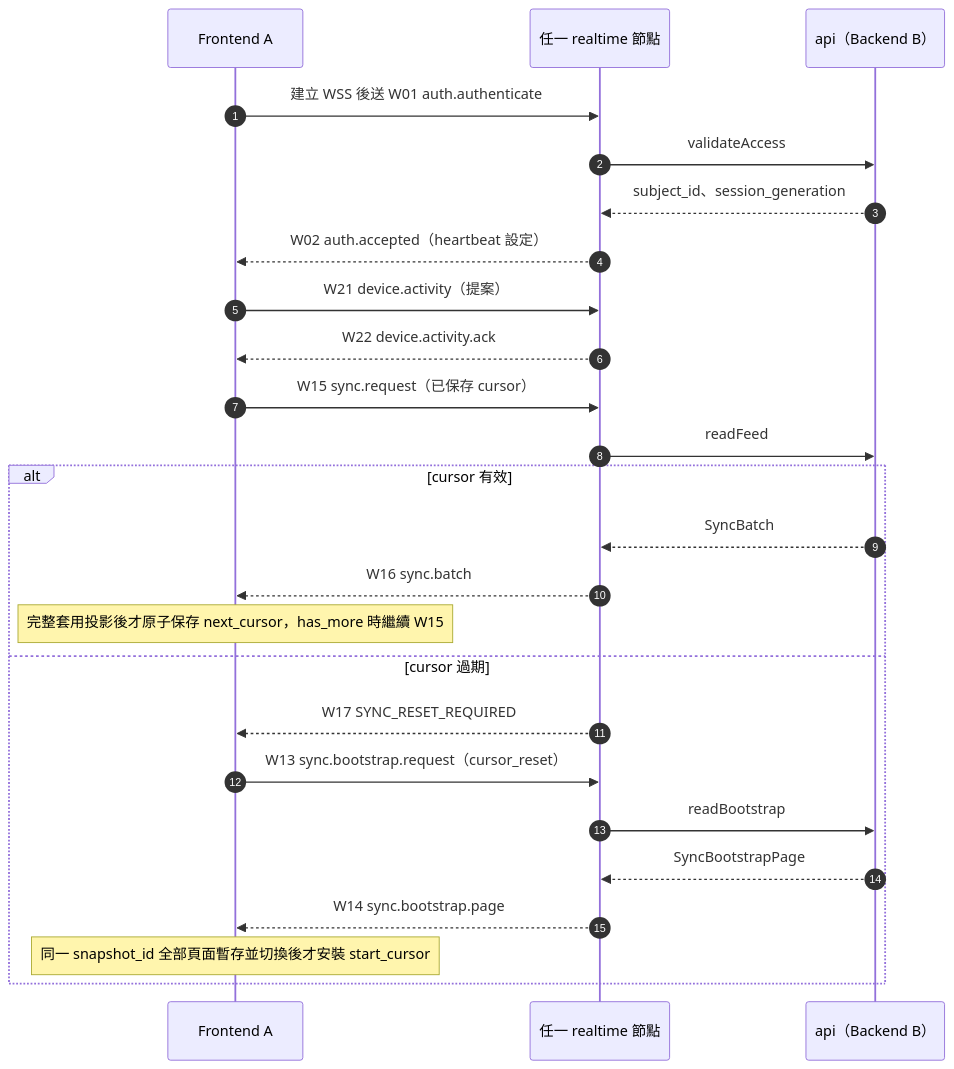
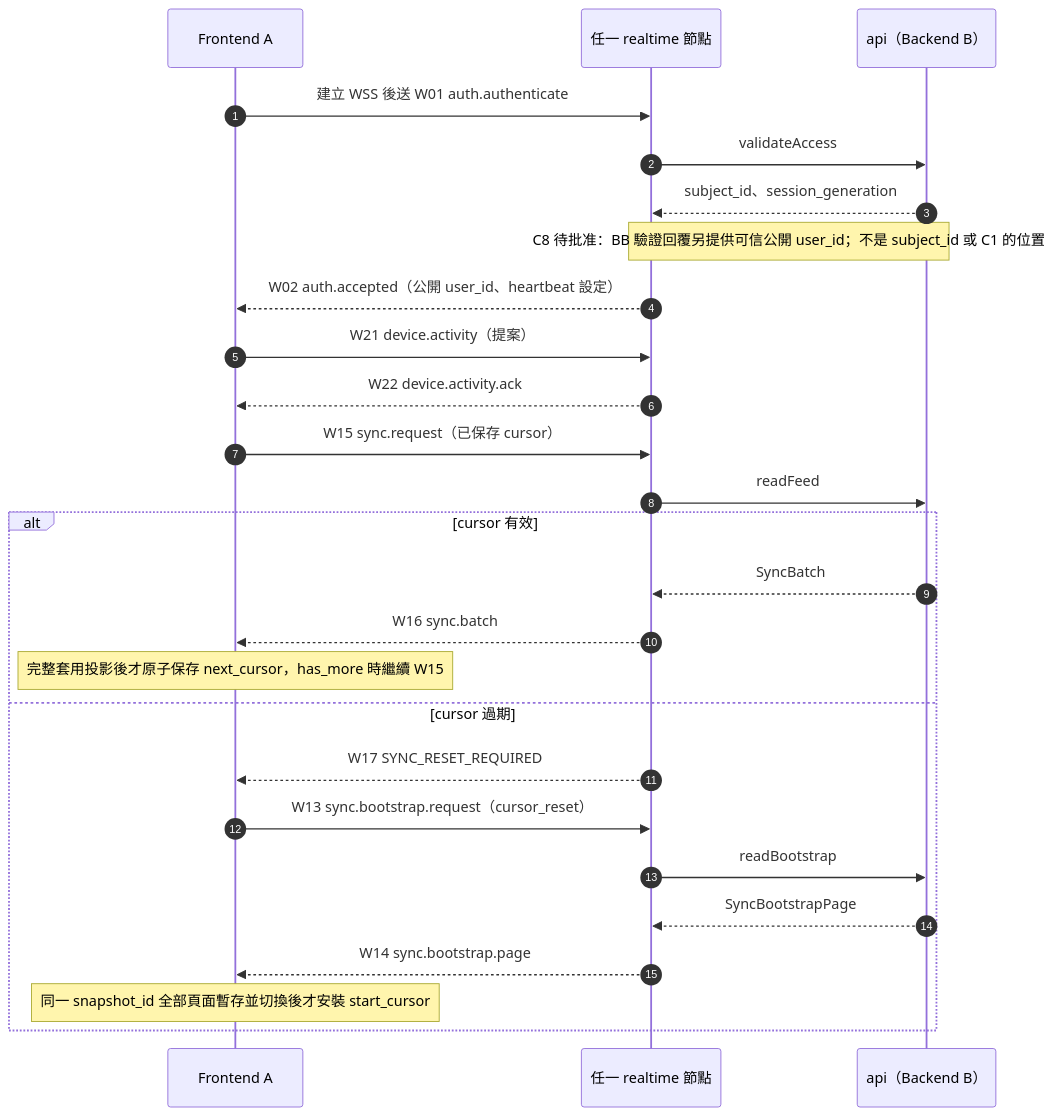
One commit to LeoCheng-space/Hine changed the third of 10 diagrams in docs/architecture/README.md. Above: the diagram before and after it, drawn with Mermaid. The commit also changed other lines of this file and 43 other files, not shown here.

````diff
--- a/docs/architecture/README.md
+++ b/docs/architecture/README.md
@@ -131,27 +132,28 @@
 ```mermaid
 sequenceDiagram
   autonumber
   participant C as Frontend A
   participant R as 任一 realtime 節點
   participant B as api（Backend B）
   C->>R: 建立 WSS 後送 W01 auth.authenticate
   R->>B: validateAccess
   B-->>R: subject_id、session_generation
-  R-->>C: W02 auth.accepted（heartbeat 設定）
+  Note over B,R: C8 待批准：BB 驗證回覆另提供可信公開 user_id；不是 subject_id 或 C1 的位置
+  R-->>C: W02 auth.accepted（公開 user_id、heartbeat 設定）
   C->>R: W21 device.activity（提案）
   R-->>C: W22 device.activity.ack
   C->>R: W15 sync.request（已保存 cursor）
   R->>B: readFeed
   alt cursor 有效
     B-->>R: SyncBatch
     R-->>C: W16 sync.batch
     Note over C: 完整套用投影後才原子保存 next_cursor，has_more 時繼續 W15
   else cursor 過期
     R-->>C: W17 SYNC_RESET_REQUIRED
     C->>R: W13 sync.bootstrap.request（cursor_reset）
     R->>B: readBootstrap
     B-->>R: SyncBootstrapPage
     R-->>C: W14 sync.bootstrap.page
     Note over C: 同一 snapshot_id 全部頁面暫存並切換後才安裝 start_cursor
   end
 ```
````
